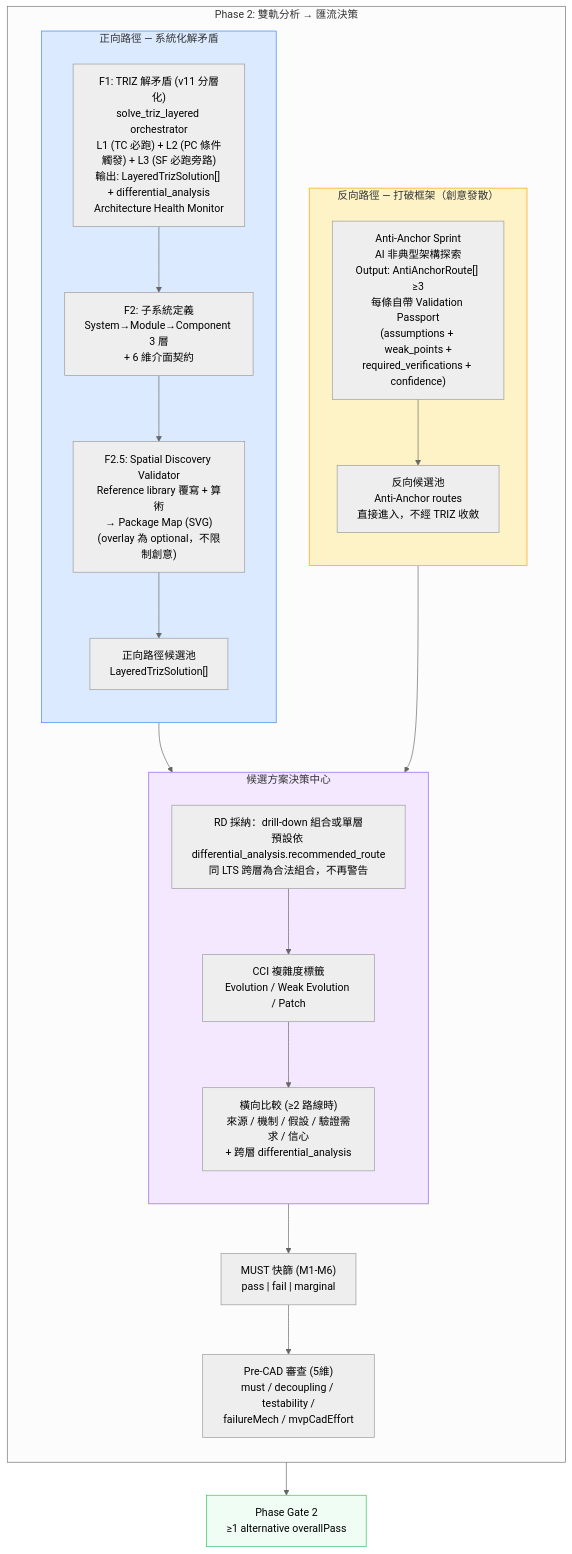
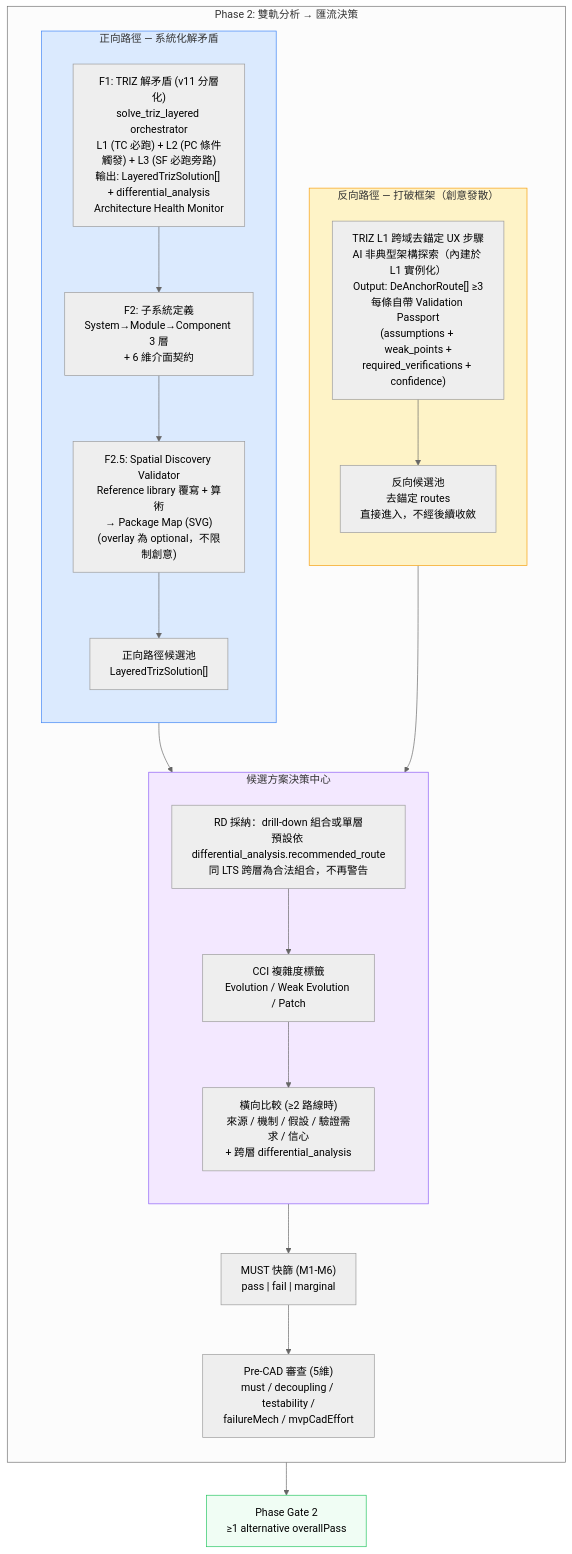
One commit to Zenobia0000/RD_copilot_system changed the first of 3 diagrams in docs/01-define/diagrams/appendix-e--triz-scamper-flow.md. Above: the diagram before and after it, drawn with Mermaid. The commit also changed other lines of this file and 80 other files, not shown here.

````diff
--- a/docs/01-define/diagrams/appendix-e--triz-scamper-flow.md
+++ b/docs/01-define/diagrams/appendix-e--triz-scamper-flow.md
@@ -47,46 +47,46 @@
 ```mermaid
 %%{init: {'theme': 'neutral'}}%%
 flowchart TB
     subgraph Phase2["Phase 2: 雙軌分析 → 匯流決策"]
         direction TB
 
         subgraph REVERSE["反向路徑 — 打破框架（創意發散）"]
             direction TB
-            R1["Anti-Anchor Sprint<br/>AI 非典型架構探索<br/>Output: AntiAnchorRoute[] ≥3<br/>每條自帶 Validation Passport<br/>(assumptions + weak_points +<br/>required_verifications + confidence)"]
-            RP["反向候選池<br/>Anti-Anchor routes<br/>直接進入，不經 TRIZ 收斂"]
+            R1["TRIZ L1 跨域去錨定 UX 步驟<br/>AI 非典型架構探索（內建於 L1 實例化）<br/>Output: DeAnchorRoute[] ≥3<br/>每條自帶 Validation Passport<br/>(assumptions + weak_points +<br/>required_verifications + confidence)"]
+            RP["反向候選池<br/>去錨定 routes<br/>直接進入，不經後續收斂"]
             R1 --> RP
         end
 
         subgraph FORWARD["正向路徑 — 系統化解矛盾"]
             direction TB
             F1["F1: TRIZ 解矛盾 (v11 分層化)<br/>solve_triz_layered orchestrator<br/>L1 (TC 必跑) + L2 (PC 條件觸發) + L3 (SF 必跑旁路)<br/>輸出: LayeredTrizSolution[] + differential_analysis<br/>Architecture Health Monitor"]
             F2["F2: 子系統定義<br/>System→Module→Component 3 層<br/>+ 6 維介面契約"]
             F2S["F2.5: Spatial Discovery Validator<br/>Reference library 覆寫 + 算術<br/>→ Package Map (SVG)<br/>(overlay 為 optional，不限制創意)"]
             FP["正向路徑候選池<br/>LayeredTrizSolution[]"]
             F1 --> F2 --> F2S --> FP
         end
 
         subgraph HUB["候選方案決策中心"]
             direction TB
             SELECT["RD 採納：drill-down 組合或單層<br/>預設依 differential_analysis.recommended_route<br/>同 LTS 跨層為合法組合，不再警告"]
             CCI_CHECK["CCI 複雜度標籤<br/>Evolution / Weak Evolution / Patch"]
             COMPARE["橫向比較 (≥2 路線時)<br/>來源 / 機制 / 假設 / 驗證需求 / 信心<br/>+ 跨層 differential_analysis"]
             SELECT --> CCI_CHECK --> COMPARE
         end
 
         RP --> SELECT
         FP --> SELECT
 
         MUST["MUST 快篩 (M1-M6)<br/>pass | fail | marginal"]
         PRECAD["Pre-CAD 審查 (5維)<br/>must / decoupling / testability /<br/>failureMech / mvpCadEffort"]
         COMPARE --> MUST --> PRECAD
     end
 
     GATE["Phase Gate 2<br/>≥1 alternative overallPass"]
     PRECAD --> GATE
 
     style REVERSE fill:#FEF3C7,stroke:#F59E0B
     style FORWARD fill:#DBEAFE,stroke:#3B82F6
     style HUB fill:#F3E8FF,stroke:#8B5CF6
     style GATE fill:#F0FDF4,stroke:#22C55E
 ```
````
